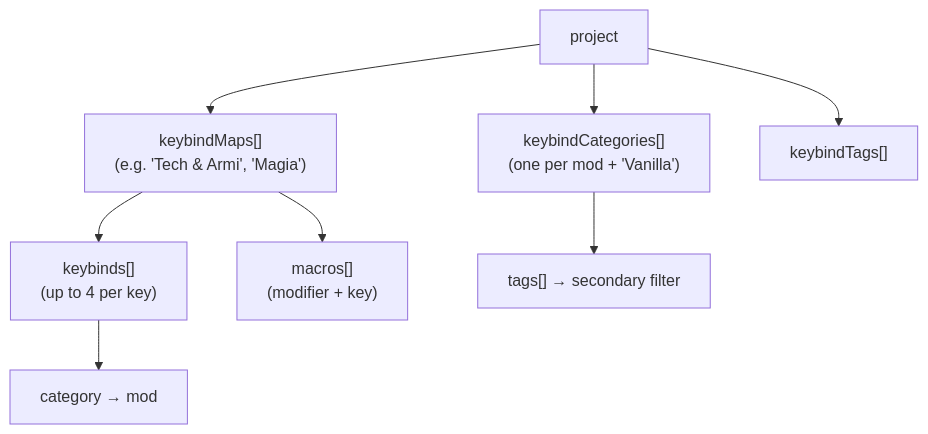
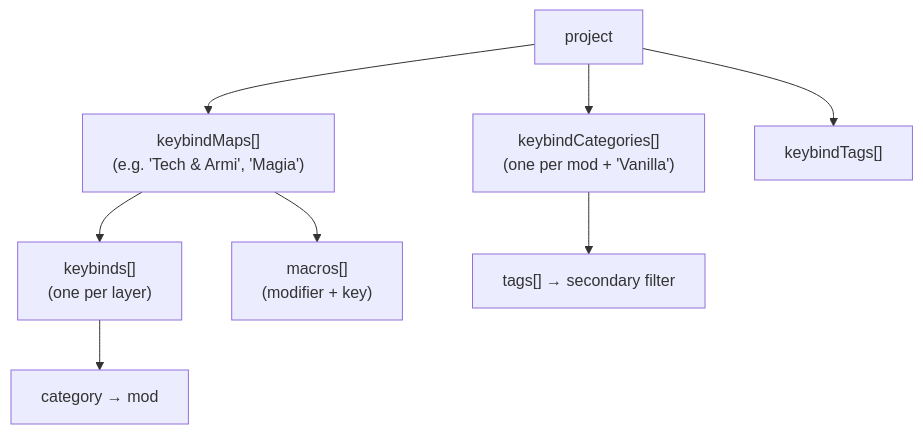
Before and after one commit to Alexkill536ITA/ForgeModpack: the first of 3 diagrams in docs/en/technical/08-keybinds.md, drawn with Mermaid. The commit also changed other lines of this file and 47 other files, not shown here.

````diff
--- a/docs/en/technical/08-keybinds.md
+++ b/docs/en/technical/08-keybinds.md
@@ -9,10 +9,10 @@
 ```mermaid
 graph TB
     Project["project"] --> Maps["keybindMaps[]<br/>(e.g. 'Tech & Armi', 'Magia')"]
     Project --> Cats["keybindCategories[]<br/>(one per mod + 'Vanilla')"]
     Project --> Tags["keybindTags[]"]
-    Maps --> KB["keybinds[]<br/>(up to 4 per key)"]
+    Maps --> KB["keybinds[]<br/>(one per layer)"]
     Maps --> Mac["macros[]<br/>(modifier + key)"]
     KB --> Cat["category → mod"]
     Cats --> CTags["tags[] → secondary filter"]
 ```
````
